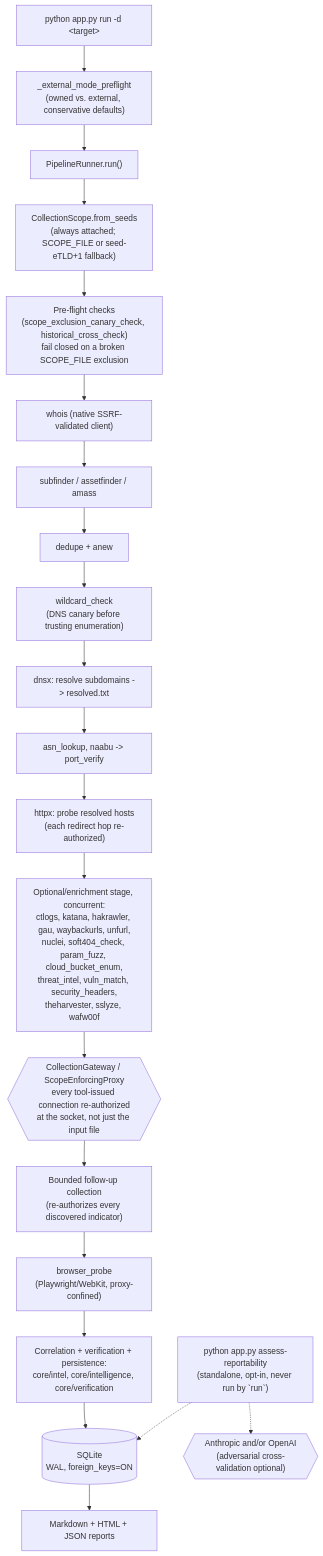
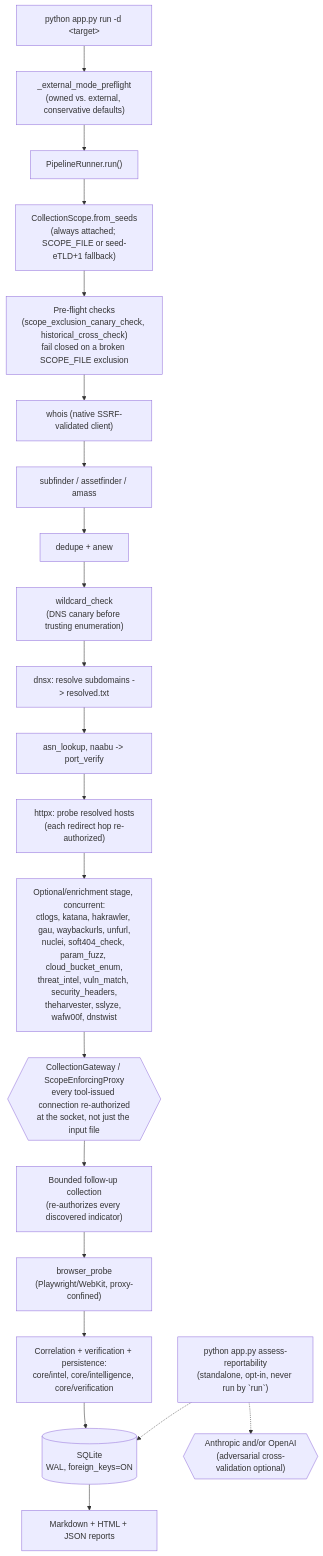
Before and after one commit to Andres-Montoya-SV/hydra: the diagram in README.md, drawn with Mermaid. The commit also changed other lines of this file and 12 other files, not shown here.

````diff
--- a/README.md
+++ b/README.md
@@ -89,24 +89,24 @@
 ```mermaid
 flowchart TD
     CLI["python app.py run -d &lt;target&gt;"] --> Preflight["_external_mode_preflight\n(owned vs. external, conservative defaults)"]
     Preflight --> Runner["PipelineRunner.run()"]
     Runner --> Scope["CollectionScope.from_seeds\n(always attached; SCOPE_FILE or seed-eTLD+1 fallback)"]
     Scope --> Canary["Pre-flight checks\n(scope_exclusion_canary_check, historical_cross_check)\nfail closed on a broken SCOPE_FILE exclusion"]
     Canary --> Whois["whois (native SSRF-validated client)"]
     Whois --> Enum["subfinder / assetfinder / amass"]
     Enum --> Dedupe["dedupe + anew"]
     Dedupe --> Wildcard["wildcard_check\n(DNS canary before trusting enumeration)"]
     Wildcard --> Dnsx["dnsx: resolve subdomains -> resolved.txt"]
     Dnsx --> AsnNaabu["asn_lookup, naabu -> port_verify"]
     AsnNaabu --> Httpx["httpx: probe resolved hosts\n(each redirect hop re-authorized)"]
-    Httpx --> Optional["Optional/enrichment stage, concurrent:\nctlogs, katana, hakrawler, gau, waybackurls, unfurl,\nnuclei, soft404_check, param_fuzz, cloud_bucket_enum,\nthreat_intel, vuln_match, security_headers,\ntheharvester, sslyze, wafw00f"]
+    Httpx --> Optional["Optional/enrichment stage, concurrent:\nctlogs, katana, hakrawler, gau, waybackurls, unfurl,\nnuclei, soft404_check, param_fuzz, cloud_bucket_enum,\nthreat_intel, vuln_match, security_headers,\ntheharvester, sslyze, wafw00f, dnstwist"]
     Optional --> Gateway{{"CollectionGateway / ScopeEnforcingProxy\nevery tool-issued connection re-authorized\nat the socket, not just the input file"}}
     Gateway --> Followup["Bounded follow-up collection\n(re-authorizes every discovered indicator)"]
     Followup --> Browser["browser_probe\n(Playwright/WebKit, proxy-confined)"]
     Browser --> Finalize["Correlation + verification + persistence:\ncore/intel, core/intelligence, core/verification"]
     Finalize --> SQLite[("SQLite\nWAL, foreign_keys=ON")]
     SQLite --> Report["Markdown + HTML + JSON reports"]
 
     Assess["python app.py assess-reportability\n(standalone, opt-in, never run by `run`)"] -.-> SQLite
     Assess -.-> LLM{{"Anthropic and/or OpenAI\n(adversarial cross-validation optional)"}}
 ```
````
